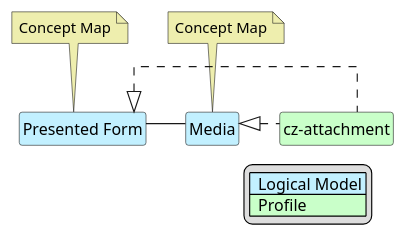
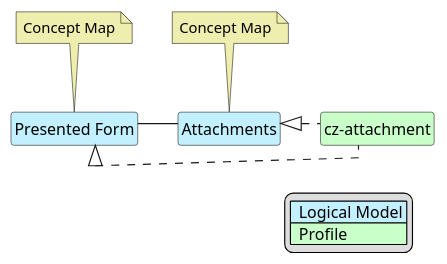
One commit to HL7-cz/img-order changed the diagram in input/images-source/imgOrderAttach-map.plantuml. Above: the diagram before and after it, drawn with PlantUML. The commit also changed 10 other files, not shown here.

```diff
--- a/input/images-source/imgOrderAttach-map.plantuml
+++ b/input/images-source/imgOrderAttach-map.plantuml
@@ -1,43 +1,43 @@
 @startuml
 hide circle
 hide stereotype
 hide members
 hide methods
 skinparam linetype ortho
 skinparam class {
 BackgroundColor<<LogicalModel>> #APPLICATION
 BackgroundColor<<Profile>> #TECHNOLOGY
 }
 legend right
 | <#APPLICATION>  Logical Model |
 | <#TECHNOLOGY>  Profile |
 endlegend
 
 class "Presented Form" <<LogicalModel>> [[StructureDefinition-PresentedFormCz.html]]
 note top #EEEEAE [[ConceptMap-AttachmentImagingOrder2FHIR-cz.html]]
 Concept Map
 endnote
 
-class "Media" <<LogicalModel>> [[StructureDefinition-MediaCz.html]]
+class "Attachments" <<LogicalModel>> [[StructureDefinition-AttachmentsCz.html]]
 note top #EEEEAE [[ConceptMap-AttachmentImagingOrder2FHIR-cz.html]]
 Concept Map
 endnote
 
 class "cz-attachment" <<Profile>> [[StructureDefinition-cz-attachment.html]]
 
-"Presented Form" -- "Media"
+"Presented Form" -- "Attachments"
 
 "Presented Form" <|. "cz-attachment"
-"Media" <|. "cz-attachment"
+"Attachments" <|. "cz-attachment"
 
 /'
 "Imaging Order Header" <|. "cz-patient-core"
 "Imaging Order Header" <|. "cz-attachment"
 "Imaging Order Header" <|. "cz-practitioner-core"
 '/
 
-"Presented Form" -r[hidden]-> "Media"
+"Presented Form" -r[hidden]-> "Attachments"
 "Presented Form" -d[hidden]-> "cz-attachment"
-"Media" -d[hidden]-> "cz-attachment"
+"Attachments" -d[hidden]-> "cz-attachment"
 
 @enduml
```
